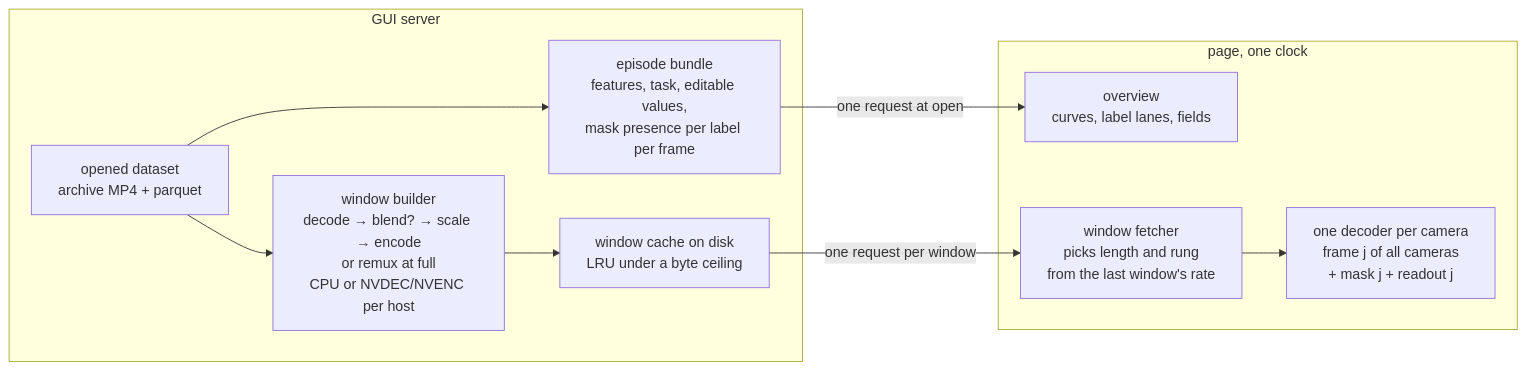
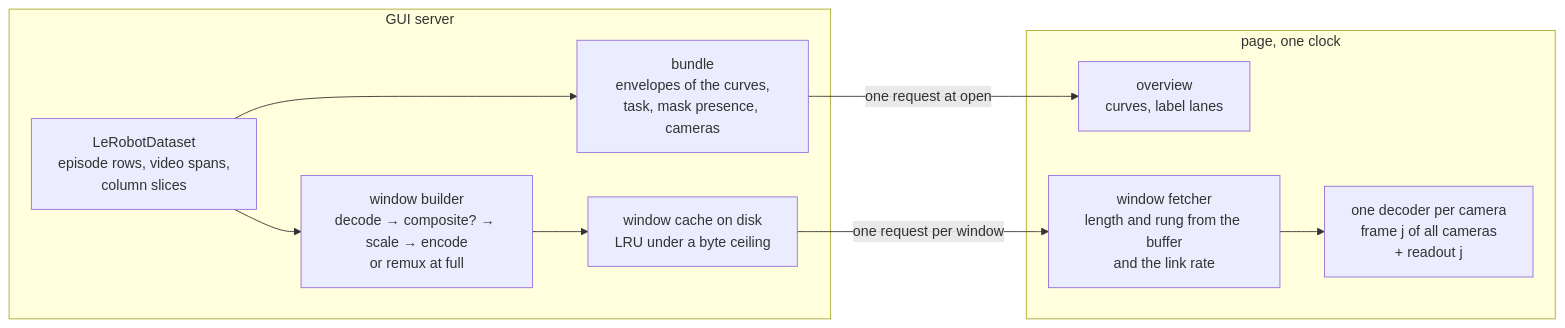
Before and after one commit to TheWisp/lerobot: the diagram in src/lerobot/gui/docs/dataset_playback.md, drawn with Mermaid. The commit also changed other lines of this file and 6 other files, not shown here.

````diff
--- a/src/lerobot/gui/docs/dataset_playback.md
+++ b/src/lerobot/gui/docs/dataset_playback.md
@@ -40,19 +60,19 @@
 ```mermaid
 flowchart LR
   subgraph server["GUI server"]
-    ds["opened dataset<br/>archive MP4 + parquet"]
-    once["episode bundle<br/>features, task, editable values,<br/>mask presence per label per frame"]
-    wb["window builder<br/>decode → blend? → scale → encode<br/>or remux at full<br/>CPU or NVDEC/NVENC per host"]
+    ds["LeRobotDataset<br/>episode rows, video spans,<br/>column slices"]
+    once["bundle<br/>envelopes of the curves,<br/>task, mask presence, cameras"]
+    wb["window builder<br/>decode → composite? → scale → encode<br/>or remux at full"]
     cache["window cache on disk<br/>LRU under a byte ceiling"]
     ds --> once
     ds --> wb --> cache
   end
   subgraph page["page, one clock"]
-    ov["overview<br/>curves, label lanes, fields"]
-    fetch["window fetcher<br/>picks length and rung<br/>from the last window's rate"]
-    dec["one decoder per camera<br/>frame j of all cameras<br/>+ mask j + readout j"]
+    ov["overview<br/>curves, label lanes"]
+    fetch["window fetcher<br/>length and rung from the buffer<br/>and the link rate"]
+    dec["one decoder per camera<br/>frame j of all cameras<br/>+ readout j"]
     fetch --> dec
   end
   once -->|"one request at open"| ov
   cache -->|"one request per window"| fetch
 ```
````
